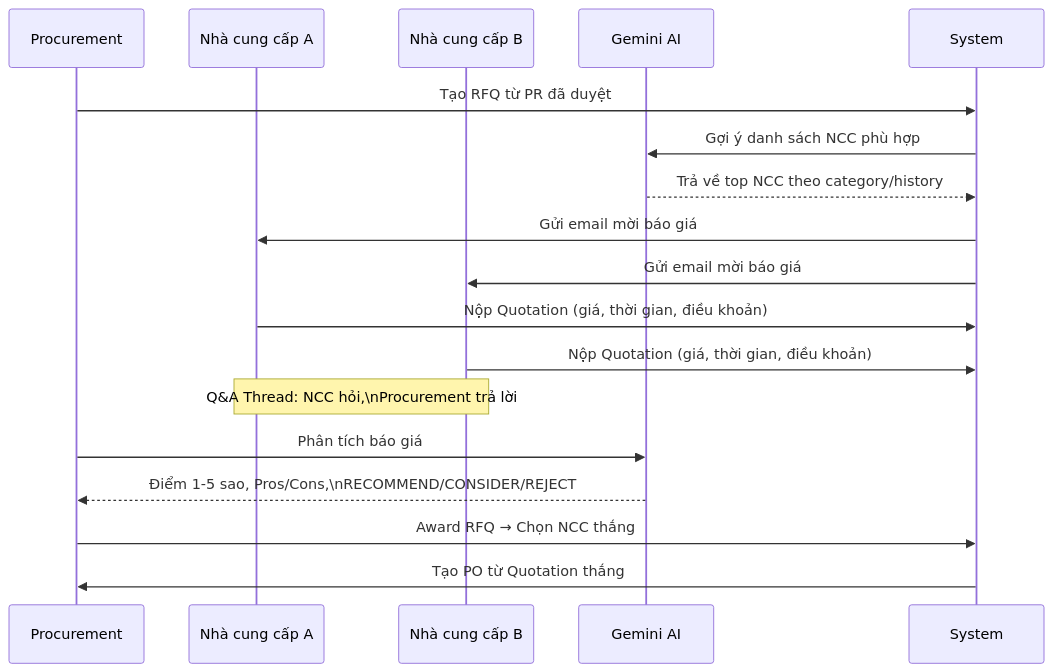
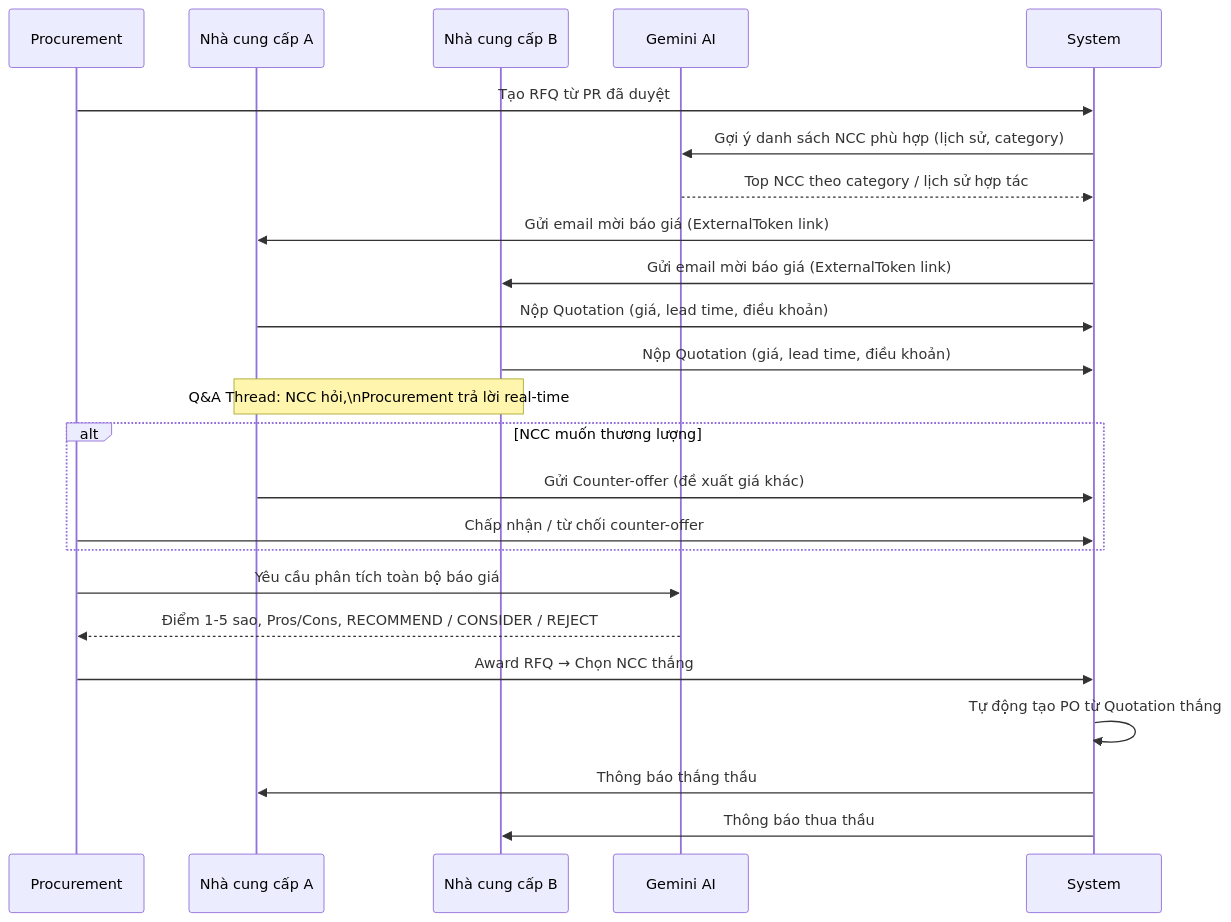
The third of 10 diagrams in README.md (NguyenDinhNam28803/Order_Management_System), drawn with Mermaid before and after one commit. The commit also changed other lines of this file, not shown here.

````diff
--- a/README.md
+++ b/README.md
@@ -182,25 +209,32 @@
 ```mermaid
 sequenceDiagram
     participant P as Procurement
     participant S1 as Nhà cung cấp A
     participant S2 as Nhà cung cấp B
     participant AI as Gemini AI
     participant SYS as System
 
     P->>SYS: Tạo RFQ từ PR đã duyệt
-    SYS->>AI: Gợi ý danh sách NCC phù hợp
-    AI-->>SYS: Trả về top NCC theo category/history
-    SYS->>S1: Gửi email mời báo giá
-    SYS->>S2: Gửi email mời báo giá
+    SYS->>AI: Gợi ý danh sách NCC phù hợp (lịch sử, category)
+    AI-->>SYS: Top NCC theo category / lịch sử hợp tác
+    SYS->>S1: Gửi email mời báo giá (ExternalToken link)
+    SYS->>S2: Gửi email mời báo giá (ExternalToken link)
 
-    S1->>SYS: Nộp Quotation (giá, thời gian, điều khoản)
-    S2->>SYS: Nộp Quotation (giá, thời gian, điều khoản)
+    S1->>SYS: Nộp Quotation (giá, lead time, điều khoản)
+    S2->>SYS: Nộp Quotation (giá, lead time, điều khoản)
 
-    Note over S1,S2: Q&A Thread: NCC hỏi,\nProcurement trả lời
+    Note over S1,S2: Q&A Thread: NCC hỏi,\nProcurement trả lời real-time
 
-    P->>AI: Phân tích báo giá
-    AI-->>P: Điểm 1-5 sao, Pros/Cons,\nRECOMMEND/CONSIDER/REJECT
+    alt NCC muốn thương lượng
+        S1->>SYS: Gửi Counter-offer (đề xuất giá khác)
+        P->>SYS: Chấp nhận / từ chối counter-offer
+    end
+
+    P->>AI: Yêu cầu phân tích toàn bộ báo giá
+    AI-->>P: Điểm 1-5 sao, Pros/Cons, RECOMMEND / CONSIDER / REJECT
 
     P->>SYS: Award RFQ → Chọn NCC thắng
-    SYS->>P: Tạo PO từ Quotation thắng
+    SYS->>SYS: Tự động tạo PO từ Quotation thắng
+    SYS->>S1: Thông báo thắng thầu
+    SYS->>S2: Thông báo thua thầu
 ```
````
